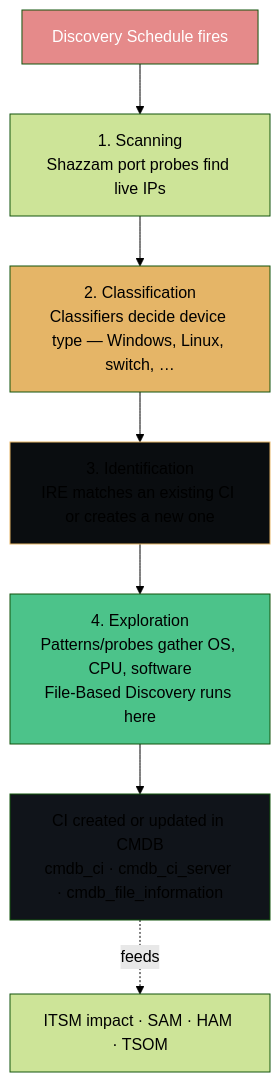
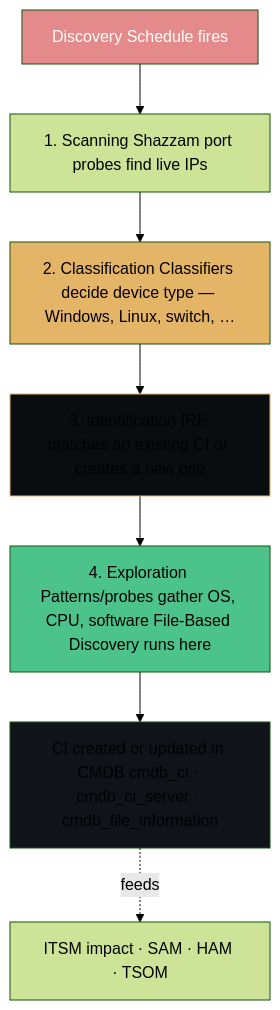
One commit to eltonaguiar/ServiceNow_Learning_TSOM-_CSM_FSM_SalesCRM_HAM_ITSM changed the first of 3 diagrams in docs/modules/discovery/discovery-guide.md. Above: the diagram before and after it, drawn with Mermaid (forest theme). The commit also changed other lines of this file and 11 other files, not shown here.

First line of the commit message:
Fix all mermaid diagrams: remove br/ tags that break rendering on GitHub Pages

````diff
--- a/docs/modules/discovery/discovery-guide.md
+++ b/docs/modules/discovery/discovery-guide.md
@@ -136,16 +136,16 @@
 ```mermaid
 flowchart TD
-    Start[Discovery Schedule fires] --> Scan[1. Scanning<br/>Shazzam port probes find live IPs]
-    Scan --> Classify[2. Classification<br/>Classifiers decide device type — Windows, Linux, switch, …]
-    Classify --> Identify[3. Identification<br/>IRE matches an existing CI or creates a new one]
-    Identify --> Explore[4. Exploration<br/>Patterns/probes gather OS, CPU, software<br/>File-Based Discovery runs here]
-    Explore --> CI[CI created or updated in CMDB<br/>cmdb_ci · cmdb_ci_server · cmdb_file_information]
+    Start[Discovery Schedule fires] --> Scan[1. Scanning Shazzam port probes find live IPs]
+    Scan --> Classify[2. Classification Classifiers decide device type — Windows, Linux, switch, …]
+    Classify --> Identify[3. Identification IRE matches an existing CI or creates a new one]
+    Identify --> Explore[4. Exploration Patterns/probes gather OS, CPU, software File-Based Discovery runs here]
+    Explore --> CI[CI created or updated in CMDB cmdb_ci · cmdb_ci_server · cmdb_file_information]
     CI -.->|feeds| Downstream[ITSM impact · SAM · HAM · TSOM]
 
     style Start fill:#e58a8a,color:#fff
     style Classify fill:#e5b567,color:#000
     style Identify fill:#0a0d10,stroke:#e5b567
     style Explore fill:#4cc38a,color:#000
     style CI fill:#10141a
 
 ```
````
